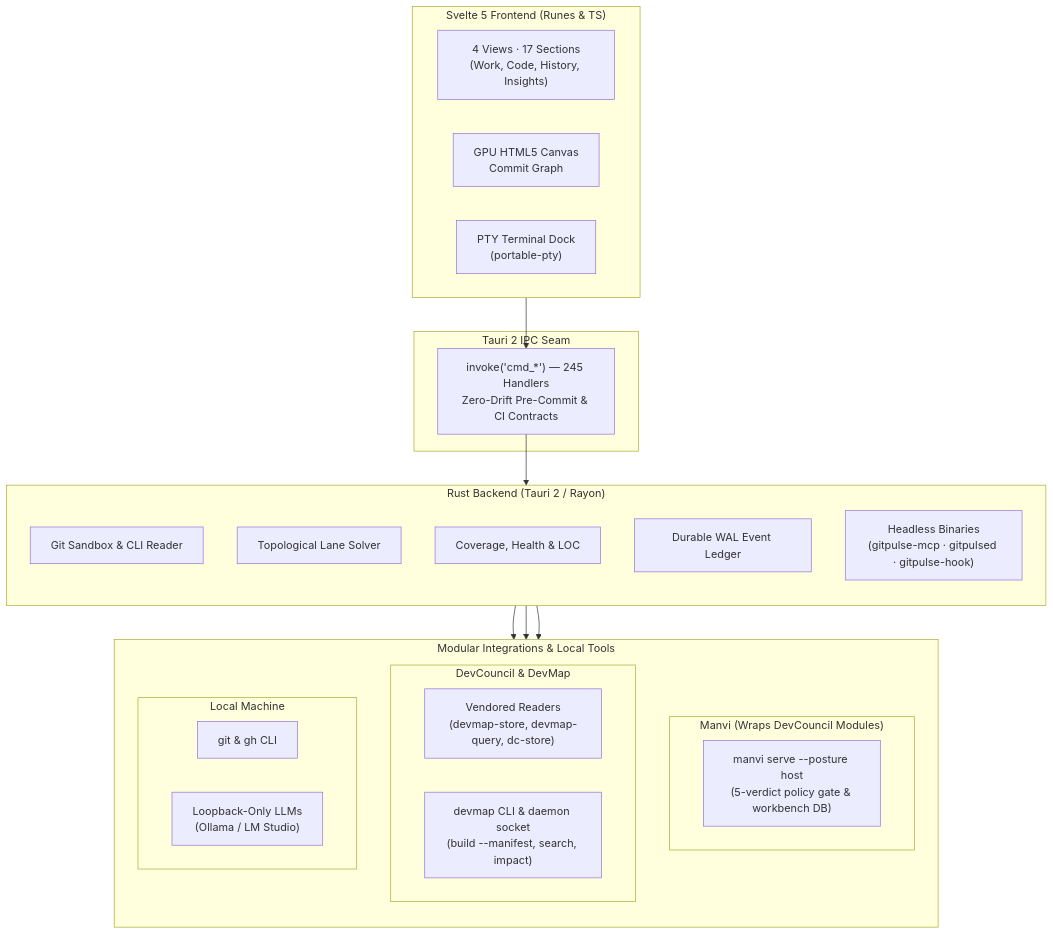
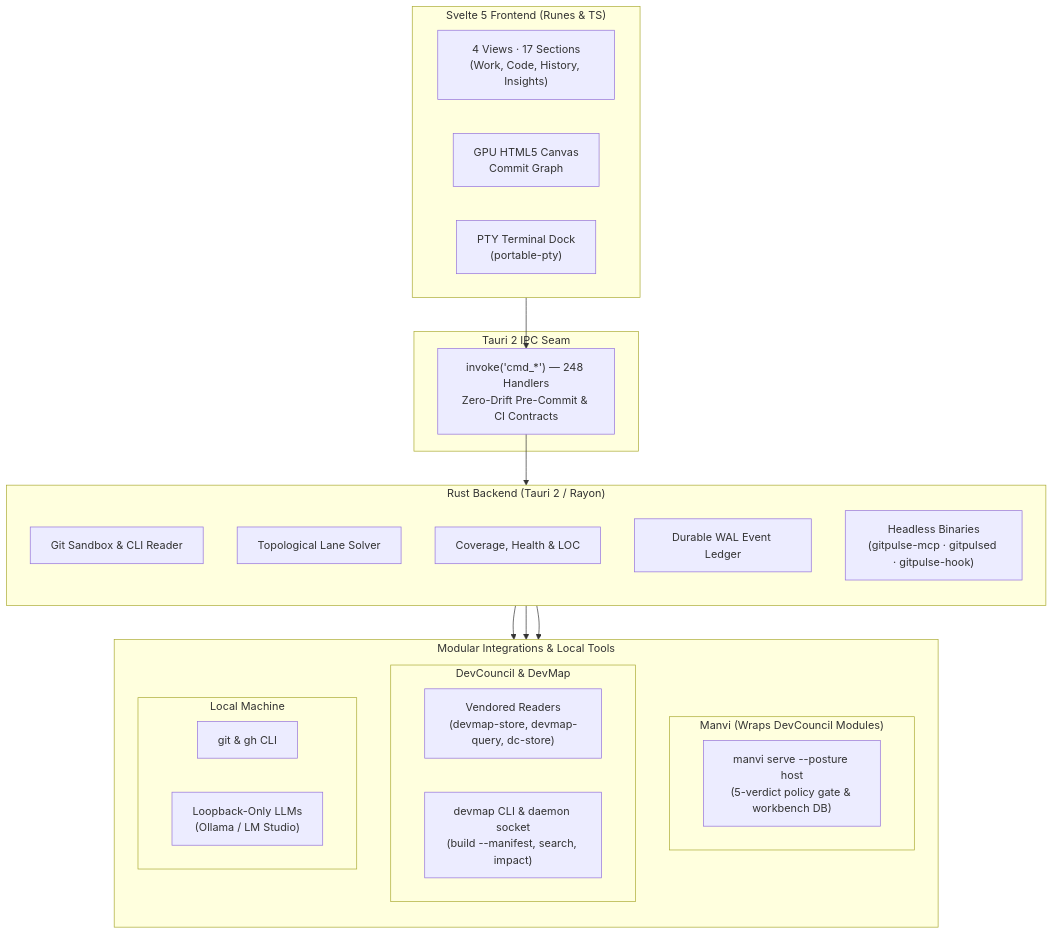
One commit to bharathvbcr/GitPulse changed the diagram in README.md. Above: the diagram before and after it, drawn with Mermaid. The commit also changed 71 other files, not shown here.

````diff
--- a/README.md
+++ b/README.md
@@ -116,43 +116,43 @@
 ```mermaid
 flowchart TB
     subgraph Frontend["Svelte 5 Frontend (Runes & TS)"]
         direction LR
         Views["4 Views · 17 Sections<br/>(Work, Code, History, Insights)"]
         Canvas["GPU HTML5 Canvas<br/>Commit Graph"]
         TerminalDock["PTY Terminal Dock<br/>(portable-pty)"]
     end
 
     subgraph IPC["Tauri 2 IPC Seam"]
-        Bridge["invoke('cmd_*') — 245 Handlers<br/>Zero-Drift Pre-Commit & CI Contracts"]
+        Bridge["invoke('cmd_*') — 248 Handlers<br/>Zero-Drift Pre-Commit & CI Contracts"]
     end
 
     subgraph Backend["Rust Backend (Tauri 2 / Rayon)"]
         direction TB
         GitEngine["Git Sandbox & CLI Reader"]
         LaneSolver["Topological Lane Solver"]
         Analyzers["Coverage, Health & LOC"]
         Ledger["Durable WAL Event Ledger"]
         Headless["Headless Binaries<br/>(gitpulse-mcp · gitpulsed · gitpulse-hook)"]
     end
 
     subgraph Integrations["Modular Integrations & Local Tools"]
         direction TB
         subgraph ManviWrap["Manvi (Wraps DevCouncil Modules)"]
             ManviSidecar["manvi serve --posture host<br/>(5-verdict policy gate & workbench DB)"]
         end
         subgraph DevCouncilMods["DevCouncil & DevMap"]
             Vendored["Vendored Readers<br/>(devmap-store, devmap-query, dc-store)"]
             DevMapCLI["devmap CLI & daemon socket<br/>(build --manifest, search, impact)"]
         end
         subgraph LocalTools["Local Machine"]
             CLI["git & gh CLI"]
             LocalLLM["Loopback-Only LLMs<br/>(Ollama / LM Studio)"]
         end
     end
 
     Frontend --> Bridge
     Bridge --> Backend
     Backend --> ManviWrap
     Backend --> DevCouncilMods
     Backend --> LocalTools
 ```
````
